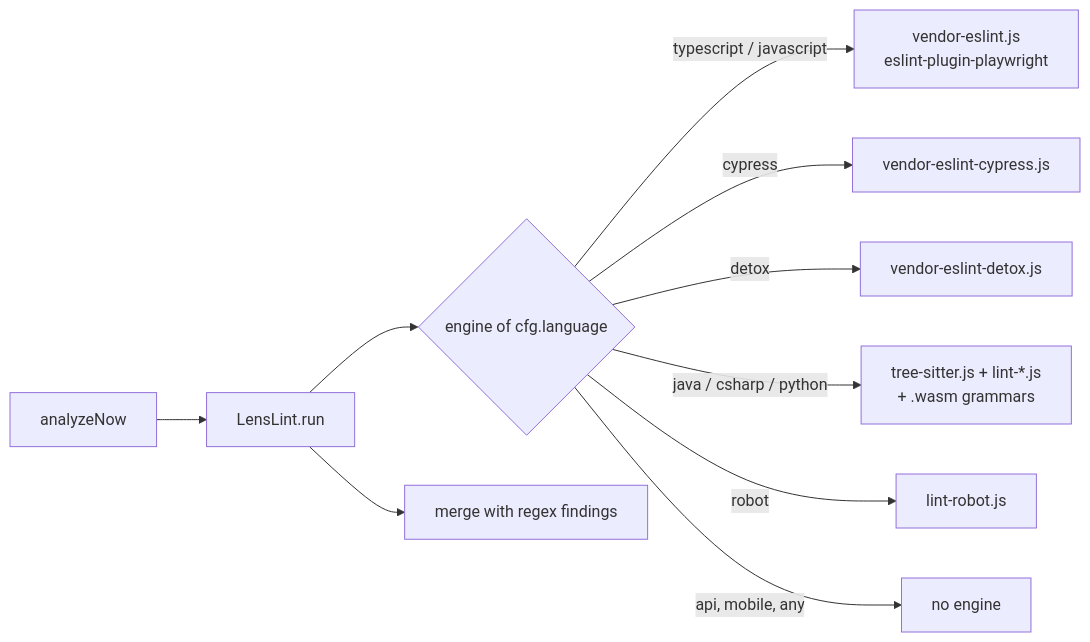
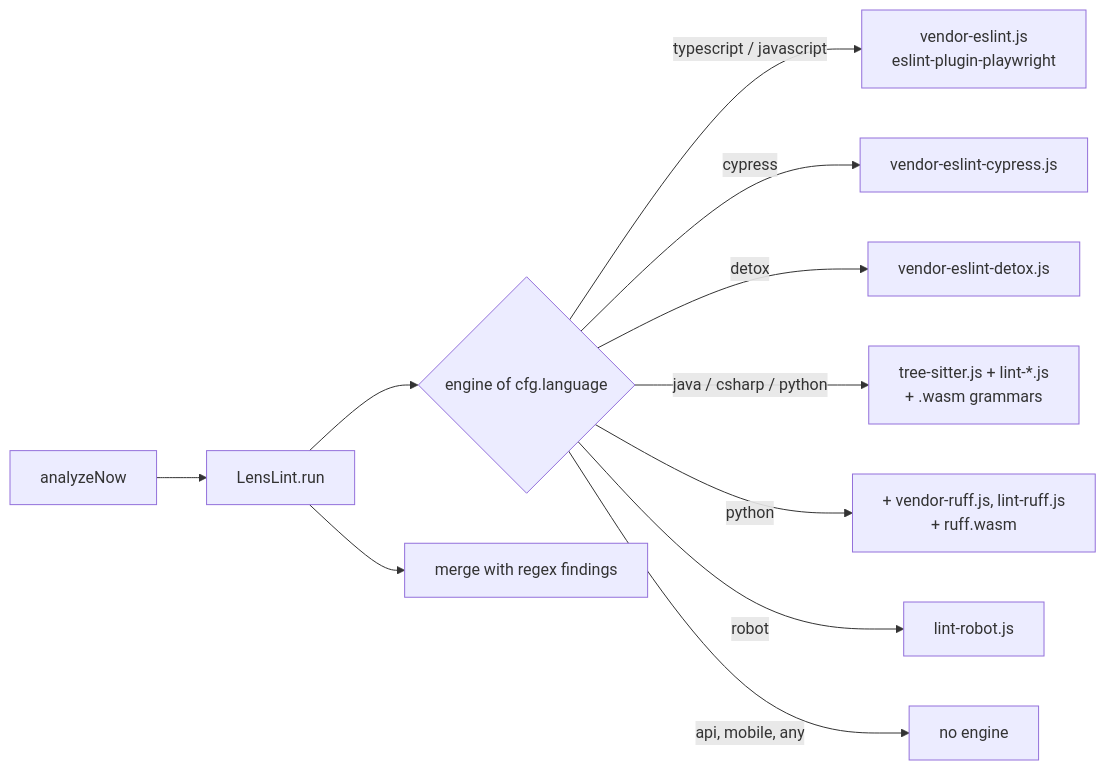
Before and after one commit to nikolaylosev/sessionlens: the ninth of 13 diagrams in docs/ARCHITECTURE.md, drawn with Mermaid. The commit also changed other lines of this file and 34 other files, not shown here.

First line of the commit message:
feat: Ruff in the Python engine

````diff
--- a/docs/ARCHITECTURE.md
+++ b/docs/ARCHITECTURE.md
@@ -604,12 +606,13 @@
 ```mermaid
 flowchart LR
   A[analyzeNow] --> R[LensLint.run]
   R --> E{"engine of cfg.language"}
   E -->|typescript / javascript| P[vendor-eslint.js<br/>eslint-plugin-playwright]
   E -->|cypress| C[vendor-eslint-cypress.js]
   E -->|detox| D[vendor-eslint-detox.js]
   E -->|java / csharp / python| T[tree-sitter.js + lint-*.js<br/>+ .wasm grammars]
+  E -->|python| RF[+ vendor-ruff.js, lint-ruff.js<br/>+ ruff.wasm]
   E -->|robot| RB[lint-robot.js]
   E -->|api, mobile, any| N[no engine]
   R --> M[merge with regex findings]
 ```
````
